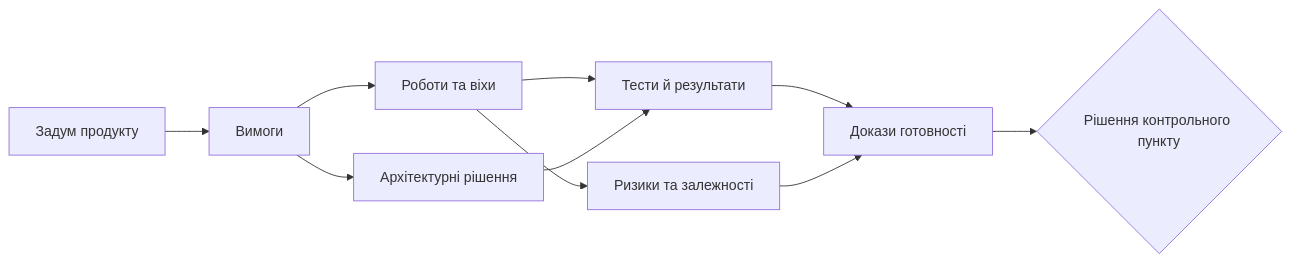
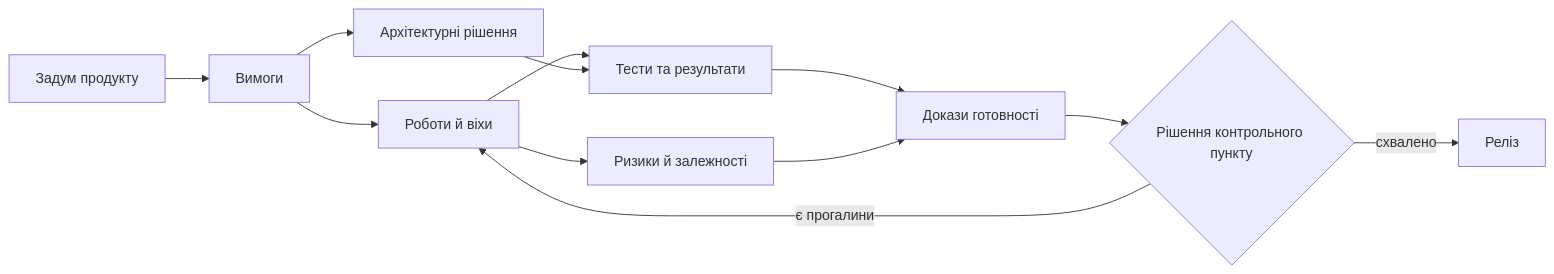
The first of 4 diagrams in Project_Management/Gen2/01-Система-управління-складними-проєктами-UA.md (nick-fedchik/articles), drawn with Mermaid before and after one commit. The commit also changed other lines of this file and 8 other files, not shown here.

````diff
--- a/Project_Management/Gen2/01-Система-управління-складними-проєктами-UA.md
+++ b/Project_Management/Gen2/01-Система-управління-складними-проєктами-UA.md
@@ -17,12 +37,14 @@
 ```mermaid
 flowchart LR
-    I[Задум продукту] --> R[Вимоги]
-    R --> W[Роботи та віхи]
-    R --> A[Архітектурні рішення]
-    W --> T[Тести й результати]
-    A --> T
-    W --> K[Ризики та залежності]
+    PI[Задум продукту] --> R[Вимоги]
+    R --> W[Роботи й віхи]
+    W --> T[Тести та результати]
+    R --> D[Архітектурні рішення]
+    D --> T
+    W --> K[Ризики й залежності]
     T --> E[Докази готовності]
     K --> E
     E --> G{Рішення контрольного пункту}
+    G -->|схвалено| REL[Реліз]
+    G -->|є прогалини| W
 ```
````
